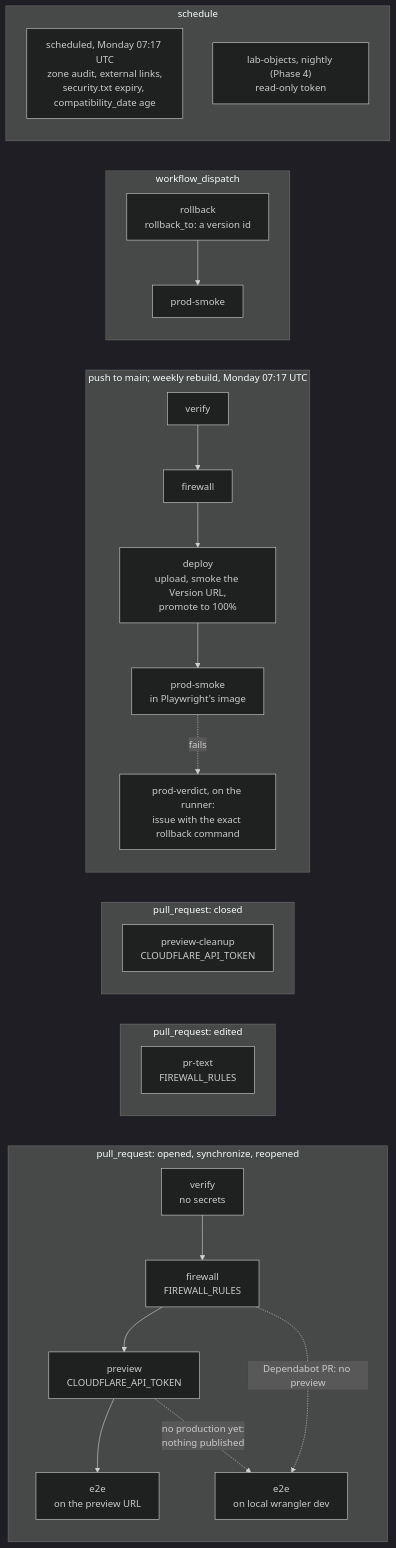
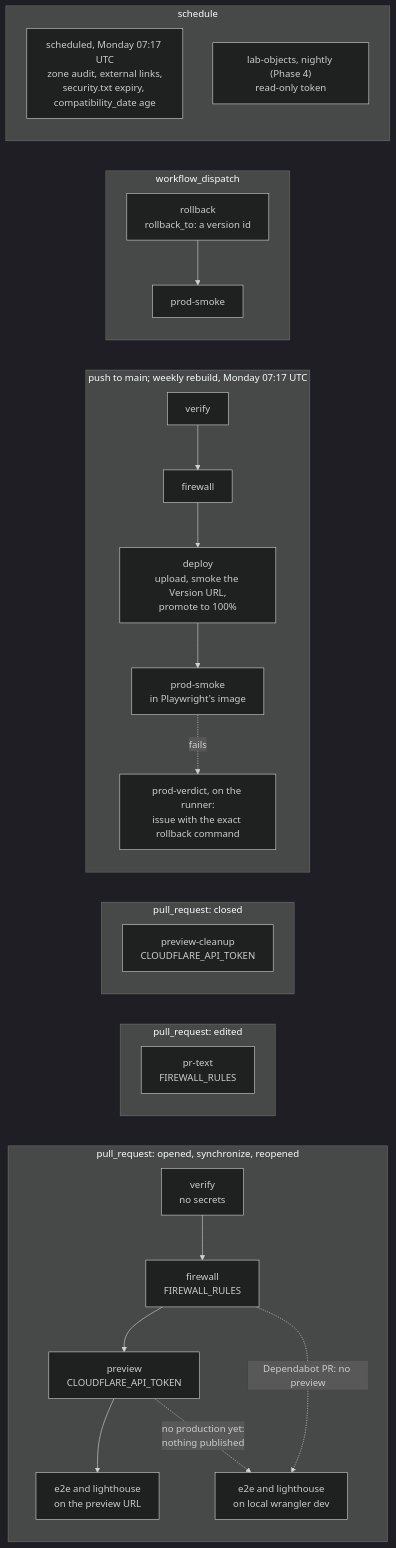
One commit to IHaveASegway/website changed the diagram in docs/delivery.md. Above: the diagram before and after it, drawn with Mermaid (dark theme). The commit also changed other lines of this file and 13 other files, not shown here.

````diff
--- a/docs/delivery.md
+++ b/docs/delivery.md
@@ -119,27 +119,27 @@
 ```mermaid
 flowchart LR
   subgraph PR["pull_request: opened, synchronize, reopened"]
     V["verify<br/>no secrets"] --> F["firewall<br/>FIREWALL_RULES"]
     F --> P["preview<br/>CLOUDFLARE_API_TOKEN"]
-    P --> E["e2e<br/>on the preview URL"]
-    F -.->|"Dependabot PR: no preview"| EL["e2e<br/>on local wrangler dev"]
+    P --> E["e2e and lighthouse<br/>on the preview URL"]
+    F -.->|"Dependabot PR: no preview"| EL["e2e and lighthouse<br/>on local wrangler dev"]
     P -.->|"no production yet:<br/>nothing published"| EL
   end
   subgraph ED["pull_request: edited"]
     T["pr-text<br/>FIREWALL_RULES"]
   end
   subgraph CL["pull_request: closed"]
     C["preview-cleanup<br/>CLOUDFLARE_API_TOKEN"]
   end
   subgraph MAIN["push to main; weekly rebuild, Monday 07:17 UTC"]
     V2["verify"] --> F2["firewall"] --> D["deploy<br/>upload, smoke the Version URL,<br/>promote to 100%"] --> S["prod-smoke<br/>in Playwright's image"]
     S -.->|"fails"| I["prod-verdict, on the runner:<br/>issue with the exact rollback command"]
   end
   subgraph DISP["workflow_dispatch"]
     R["rollback<br/>rollback_to: a version id"] --> S3["prod-smoke"]
   end
   subgraph WK["schedule"]
     W["scheduled, Monday 07:17 UTC<br/>zone audit, external links,<br/>security.txt expiry, compatibility_date age"]
     N["lab-objects, nightly (Phase 4)<br/>read-only token"]
   end
 ```
````
